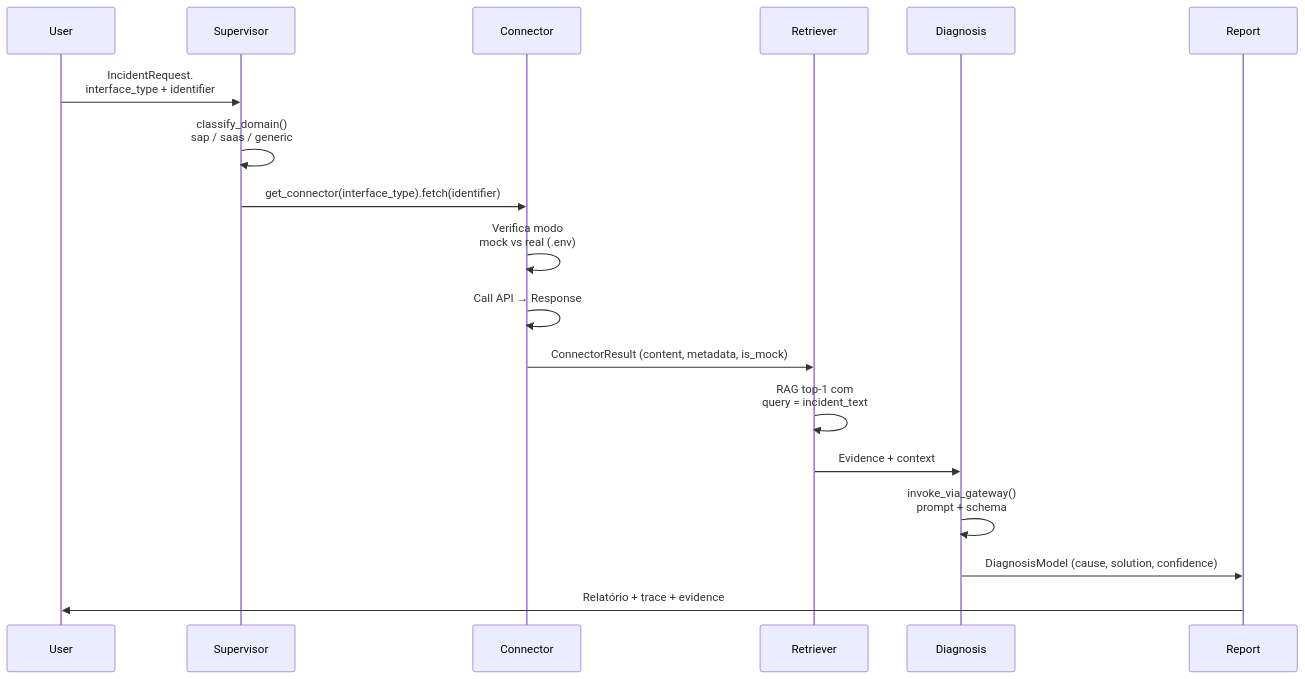
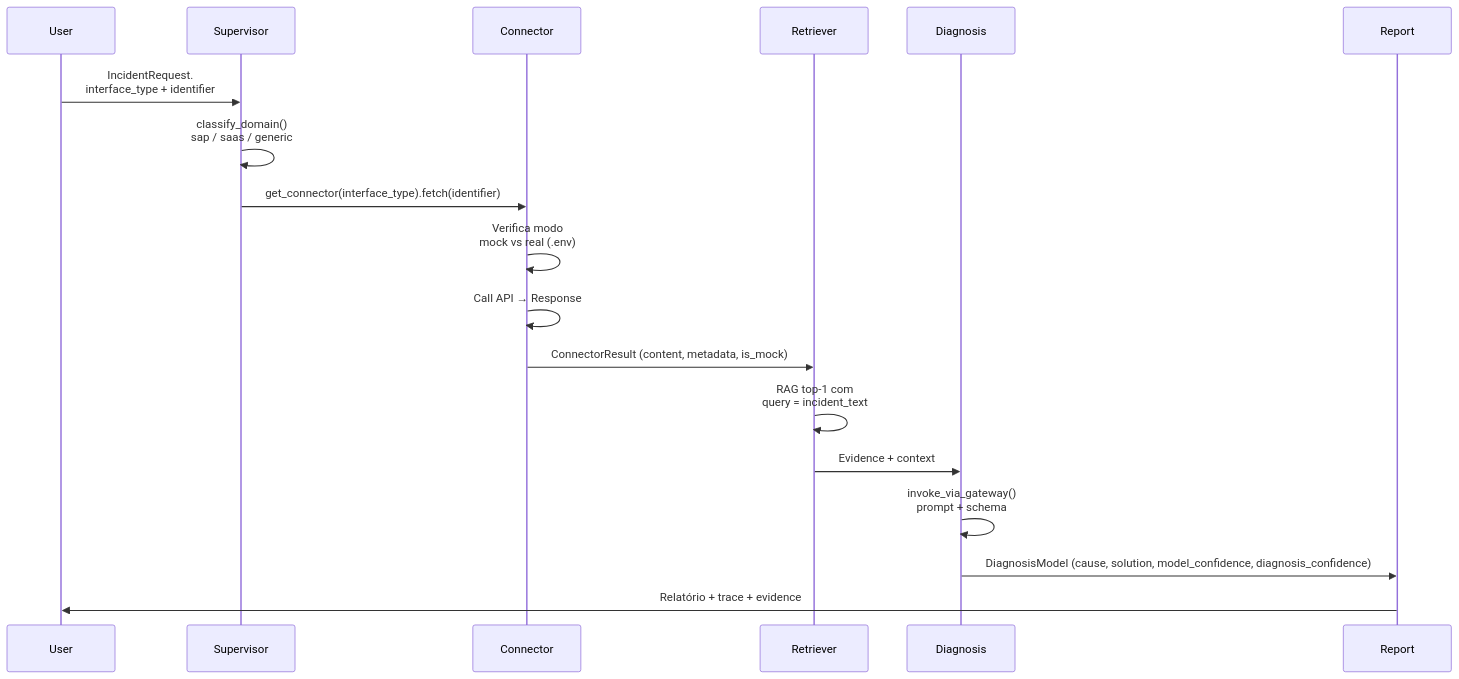
Before and after one commit to marcos-slima/integration-incident-copilot: the diagram in docs/CONNECTORS.md, drawn with Mermaid. The commit also changed 4 other files, not shown here.

First line of the commit message:
docs: corrige diagramas Mermaid para refletir estado real do codigo

````diff
--- a/docs/CONNECTORS.md
+++ b/docs/CONNECTORS.md
@@ -22,21 +22,21 @@
 ```mermaid
 sequenceDiagram
     participant User
     participant Supervisor
     participant Connector
     participant Retriever
     participant Diagnosis
     participant Report
 
     User->>Supervisor: IncidentRequest.<br/>interface_type + identifier
     Supervisor->>Supervisor: classify_domain()<br/>sap / saas / generic
     Supervisor->>Connector: get_connector(interface_type).fetch(identifier)
     Connector->>Connector: Verifica modo <br/>mock vs real (.env)
     Connector->>Connector: Call API → Response
     Connector->>Retriever: ConnectorResult (content, metadata, is_mock)
     Retriever->>Retriever: RAG top-1 com <br/>query = incident_text
     Retriever->>Diagnosis: Evidence + context
     Diagnosis->>Diagnosis: invoke_via_gateway()<br/>prompt + schema
-    Diagnosis->>Report: DiagnosisModel (cause, solution, confidence)
+    Diagnosis->>Report: DiagnosisModel (cause, solution, model_confidence, diagnosis_confidence)
     Report->>User: Relatório + trace + evidence
 ```
````
